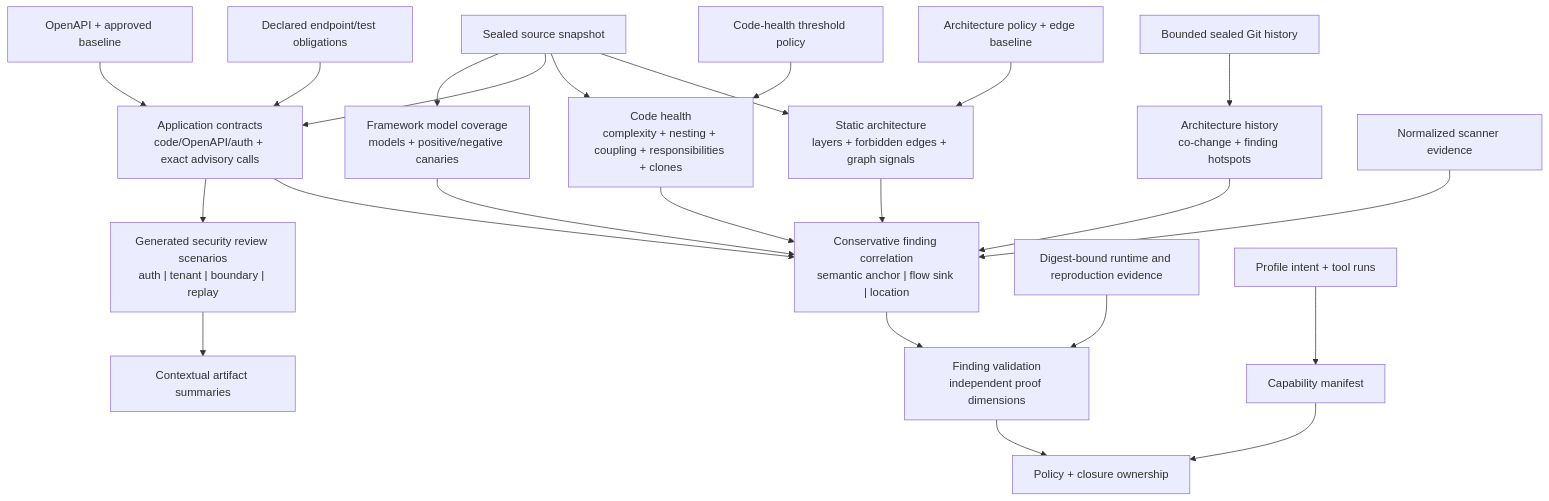
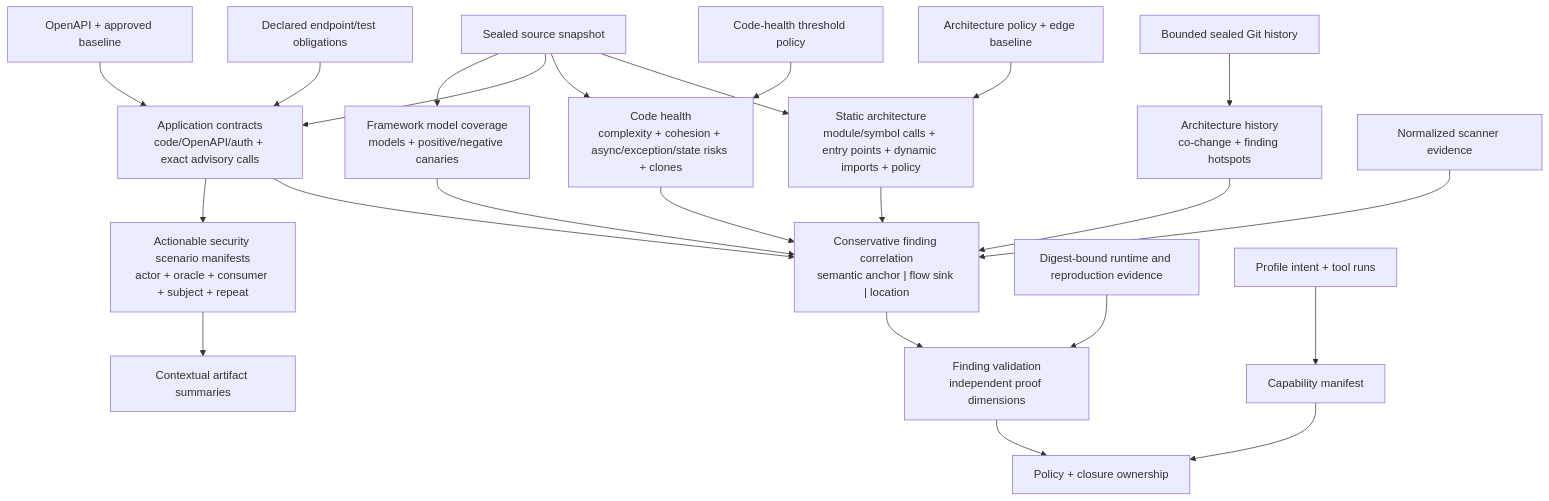
The second of 17 diagrams in docs/design.md (willtran87/project-py-security-suite), drawn with Mermaid before and after one commit. The commit also changed other lines of this file and 18 other files, not shown here.

Commit message:
feat: deepen semantic and architecture analysis

````diff
--- a/docs/design.md
+++ b/docs/design.md
@@ -76,25 +76,25 @@
 ```mermaid
 flowchart TB
     Source["Sealed source snapshot"] --> Frameworks["Framework model coverage<br/>models + positive/negative canaries"]
     Source --> Contracts["Application contracts<br/>code/OpenAPI/auth + exact advisory calls"]
     OpenAPI["OpenAPI + approved baseline"] --> Contracts
     ContractPolicy["Declared endpoint/test obligations"] --> Contracts
-    Contracts --> Scenarios["Generated security review scenarios<br/>auth | tenant | boundary | replay"]
-    Source --> Health["Code health<br/>complexity + nesting + coupling + responsibilities + clones"]
+    Contracts --> Scenarios["Actionable security scenario manifests<br/>actor + oracle + consumer + subject + repeat"]
+    Source --> Health["Code health<br/>complexity + cohesion + async/exception/state risks + clones"]
     HealthPolicy["Code-health threshold policy"] --> Health
-    Source --> Architecture["Static architecture<br/>layers + forbidden edges + graph signals"]
+    Source --> Architecture["Static architecture<br/>module/symbol calls + entry points + dynamic imports + policy"]
     ArchitecturePolicy["Architecture policy + edge baseline"] --> Architecture
     History["Bounded sealed Git history"] --> Temporal["Architecture history<br/>co-change + finding hotspots"]
     ToolEvidence["Normalized scanner evidence"] --> Correlate["Conservative finding correlation<br/>semantic anchor | flow sink | location"]
     Frameworks --> Correlate
     Contracts --> Correlate
     Scenarios --> Reports["Contextual artifact summaries"]
     Health --> Correlate
     Architecture --> Correlate
     Temporal --> Correlate
     Correlate --> Validation["Finding validation<br/>independent proof dimensions"]
     Runtime["Digest-bound runtime and reproduction evidence"] --> Validation
     Validation --> Policy["Policy + closure ownership"]
     Capabilities["Profile intent + tool runs"] --> Manifest["Capability manifest"]
     Manifest --> Policy
 ```
````
